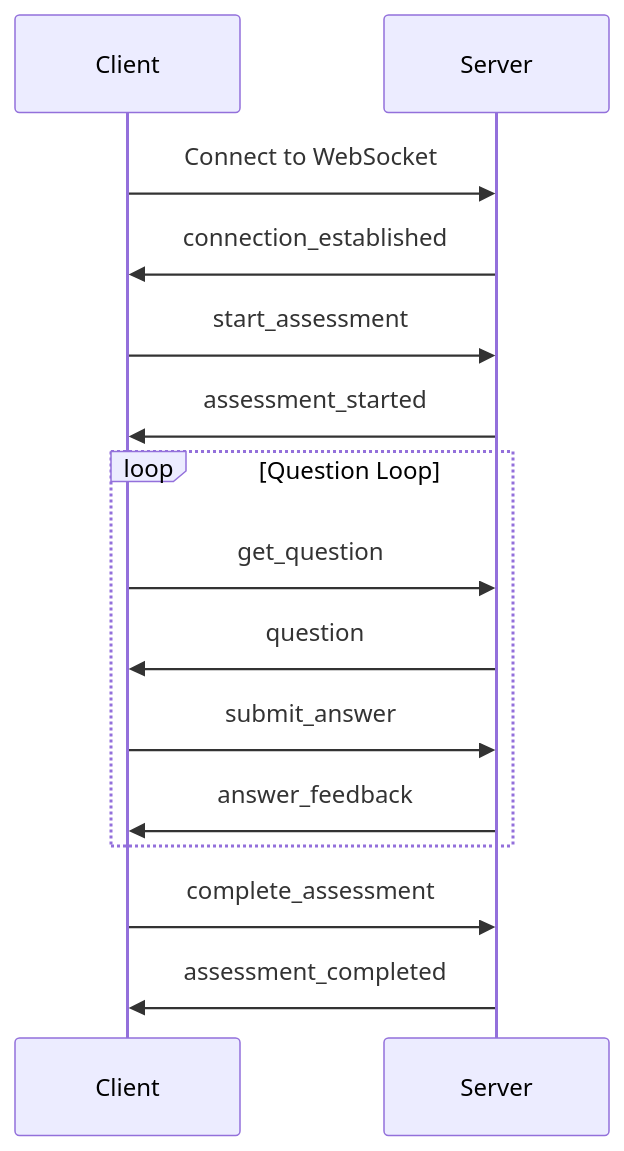
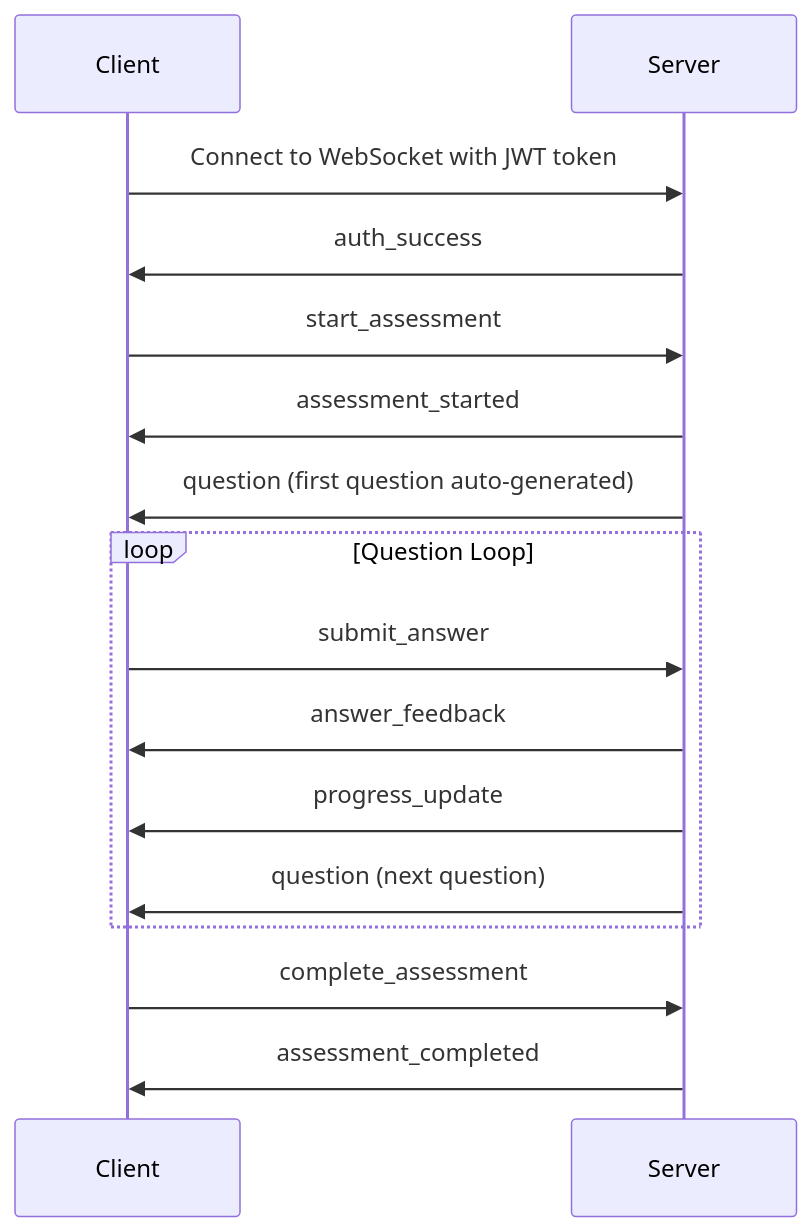
The diagram in FRONTEND_WEBSOCKET_GUIDE.md (yash9373/jatayu_ai_quiz_backend), drawn with Mermaid before and after one commit. The commit also changed other lines of this file and 16 other files, not shown here.

````diff
--- a/FRONTEND_WEBSOCKET_GUIDE.md
+++ b/FRONTEND_WEBSOCKET_GUIDE.md
@@ -288,21 +425,22 @@
 ```mermaid
 sequenceDiagram
     participant Client
     participant Server
 
-    Client->>Server: Connect to WebSocket
-    Server->>Client: connection_established
+    Client->>Server: Connect to WebSocket with JWT token
+    Server->>Client: auth_success
 
     Client->>Server: start_assessment
     Server->>Client: assessment_started
+    Server->>Client: question (first question auto-generated)
 
     loop Question Loop
-        Client->>Server: get_question
-        Server->>Client: question
         Client->>Server: submit_answer
         Server->>Client: answer_feedback
+        Server->>Client: progress_update
+        Server->>Client: question (next question)
     end
 
     Client->>Server: complete_assessment
     Server->>Client: assessment_completed
 ```
````
